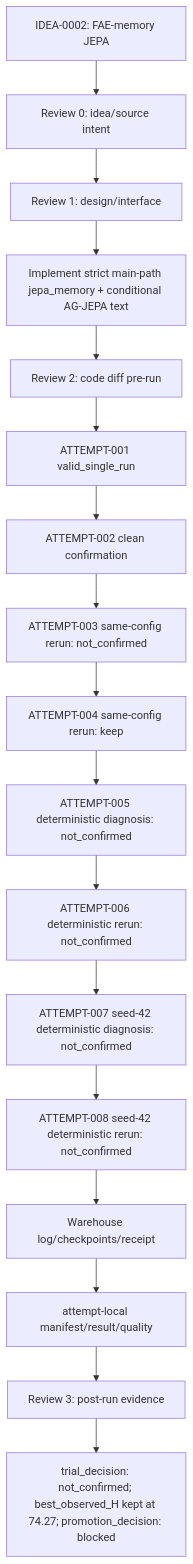
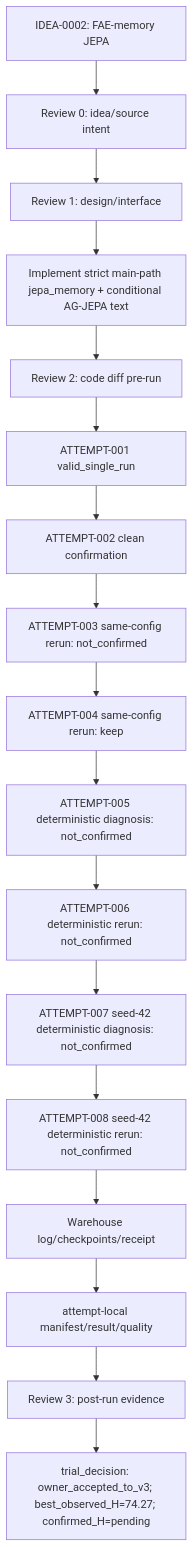
One commit to GetlotMoney/GTPJ changed the diagram in experiments/module_trials/IDEA-0002_fae_memory_jepa/TRIAL-002_strict_conditional_jepa/README.md. Above: the diagram before and after it, drawn with Mermaid. The commit also changed other lines of this file and 42 other files, not shown here.

Commit message:
promote: record owner accepted v3 tag

````diff
--- a/experiments/module_trials/IDEA-0002_fae_memory_jepa/TRIAL-002_strict_conditional_jepa/README.md
+++ b/experiments/module_trials/IDEA-0002_fae_memory_jepa/TRIAL-002_strict_conditional_jepa/README.md
@@ -91,19 +96,19 @@
 ```mermaid
 flowchart TD
   Idea["IDEA-0002: FAE-memory JEPA"] --> R0["Review 0: idea/source intent"]
   R0 --> R1["Review 1: design/interface"]
   R1 --> Impl["Implement strict main-path jepa_memory + conditional AG-JEPA text"]
   Impl --> R2["Review 2: code diff pre-run"]
   R2 --> A1["ATTEMPT-001 valid_single_run"]
   A1 --> A2["ATTEMPT-002 clean confirmation"]
   A2 --> A3["ATTEMPT-003 same-config rerun: not_confirmed"]
   A3 --> A4["ATTEMPT-004 same-config rerun: keep"]
   A4 --> A5["ATTEMPT-005 deterministic diagnosis: not_confirmed"]
   A5 --> A6["ATTEMPT-006 deterministic rerun: not_confirmed"]
   A6 --> A7["ATTEMPT-007 seed-42 deterministic diagnosis: not_confirmed"]
   A7 --> A8["ATTEMPT-008 seed-42 deterministic rerun: not_confirmed"]
   A8 --> Warehouse["Warehouse log/checkpoints/receipt"]
   Warehouse --> Attempt["attempt-local manifest/result/quality"]
   Attempt --> R3["Review 3: post-run evidence"]
-  R3 --> Decision["trial_decision: not_confirmed; best_observed_H kept at 74.27; promotion_decision: blocked"]
+  R3 --> Decision["trial_decision: owner_accepted_to_v3; best_observed_H=74.27; confirmed_H=pending"]
 ```
````
